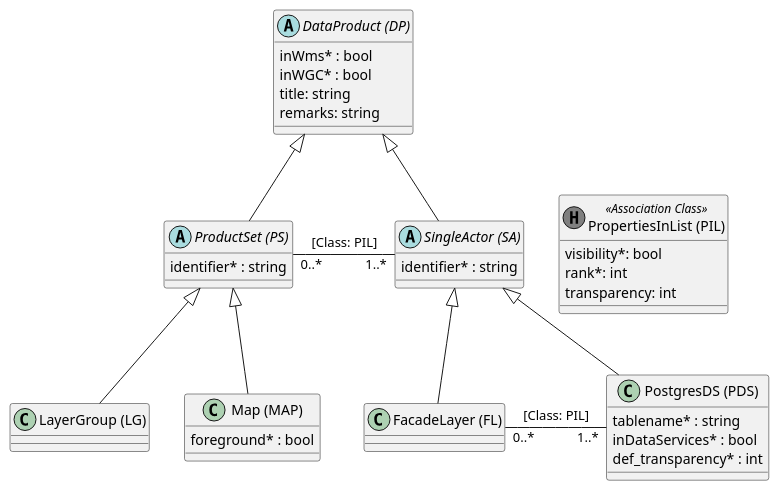
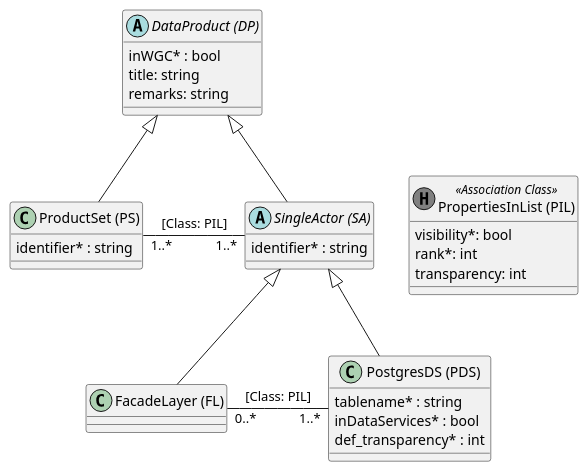
The diagram in puml/src/proto_model_v1.puml (simi-so/mm), drawn with PlantUML before and after one commit. The commit also changed 4 other files, not shown here.

```diff
--- a/puml/src/proto_model_v1.puml
+++ b/puml/src/proto_model_v1.puml
@@ -1,52 +1,43 @@
 @startuml
 
 abstract class "DataProduct (DP)" as dp {
-    inWms* : bool
     inWGC* : bool
     title: string
     remarks: string
 }
 
-abstract class "ProductSet (PS)" as ps {
+class "ProductSet (PS)" as ps {
     identifier* : string
-}
-
-class "LayerGroup (LG)" as lg
-
-class "Map (MAP)" as map {
-    foreground* : bool
 }
 
 abstract class "SingleActor (SA)" as sa {
     identifier* : string
 }
 
 class "FacadeLayer (FL)" as fl
 
 class "PostgresDS (PDS)" as pds {
     tablename* : string
     inDataServices* : bool
     def_transparency* : int
 }
 
 class "PropertiesInList (PIL)" as pil << (H, grey) Association Class >> {
     visibility*: bool
     rank*: int
     transparency: int
 }
 
 dp <|-- ps
-ps <|-- lg
-ps <|-- map
 
 dp <|-- sa
 sa <|-- pds
 sa <|-- fl
 
-ps "0..*" - "1..*" sa : [Class: PIL]
+ps "1..*" - "1..*" sa : [Class: PIL]
 fl "0..*" - "1..*" pds : [Class: PIL]
 
 ' layout help
 sa -[hidden]> pil
 
 @enduml
```
